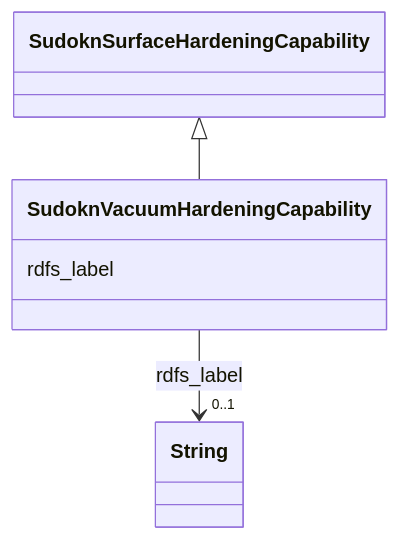
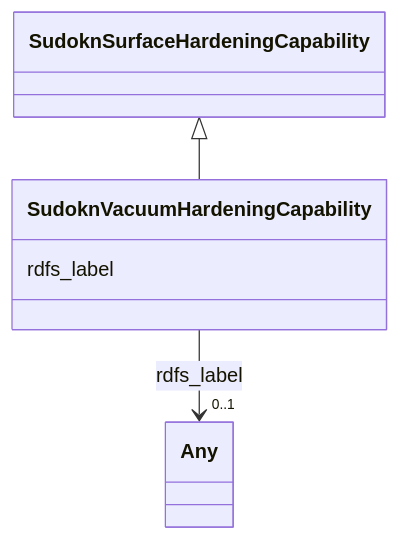
One commit to frink-okn/graph-descriptions changed the diagram in sudokn-kg/classes/SudoknVacuumHardeningCapability.md. Above: the diagram before and after it, drawn with Mermaid. The commit also changed other lines of this file and 903 other files, not shown here.

````diff
--- a/sudokn-kg/classes/SudoknVacuumHardeningCapability.md
+++ b/sudokn-kg/classes/SudoknVacuumHardeningCapability.md
@@ -23,18 +18,18 @@
 ```mermaid
  classDiagram
     class SudoknVacuumHardeningCapability
     click SudoknVacuumHardeningCapability href "../SudoknVacuumHardeningCapability"
       SudoknSurfaceHardeningCapability <|-- SudoknVacuumHardeningCapability
         click SudoknSurfaceHardeningCapability href "../SudoknSurfaceHardeningCapability"
       
       SudoknVacuumHardeningCapability : rdfs_label
         
           
     
     
-    SudoknVacuumHardeningCapability --> "0..1" String : rdfs_label
-    click String href "../String"
+    SudoknVacuumHardeningCapability --> "0..1" Any : rdfs_label
+    click Any href "../Any"
 
         
       
 ```
````
